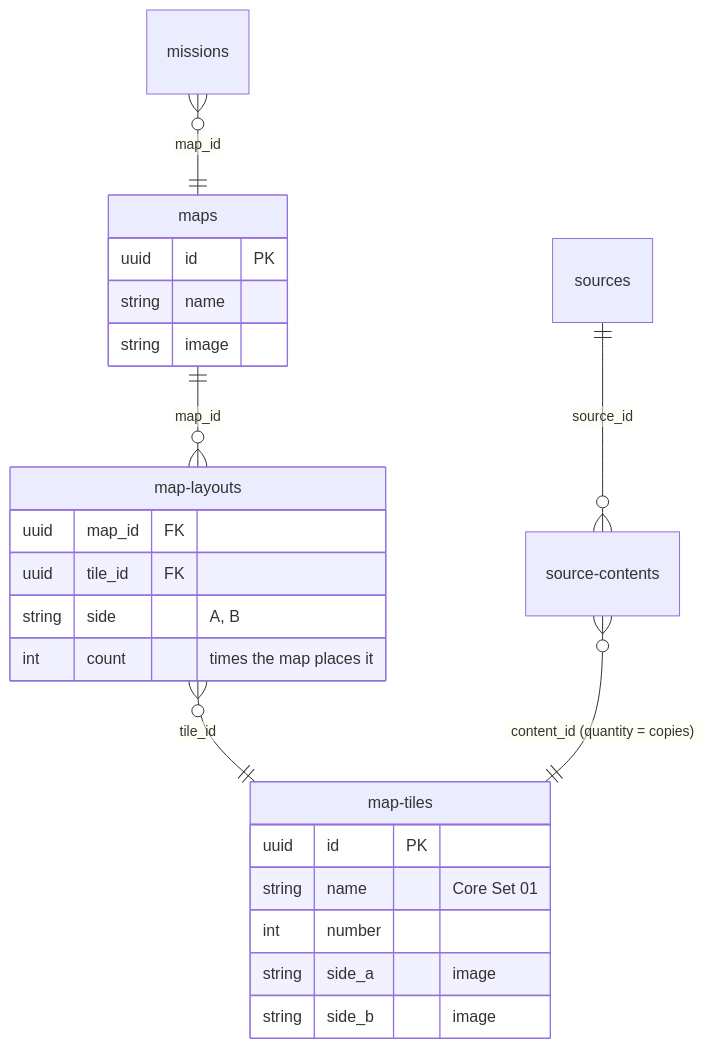
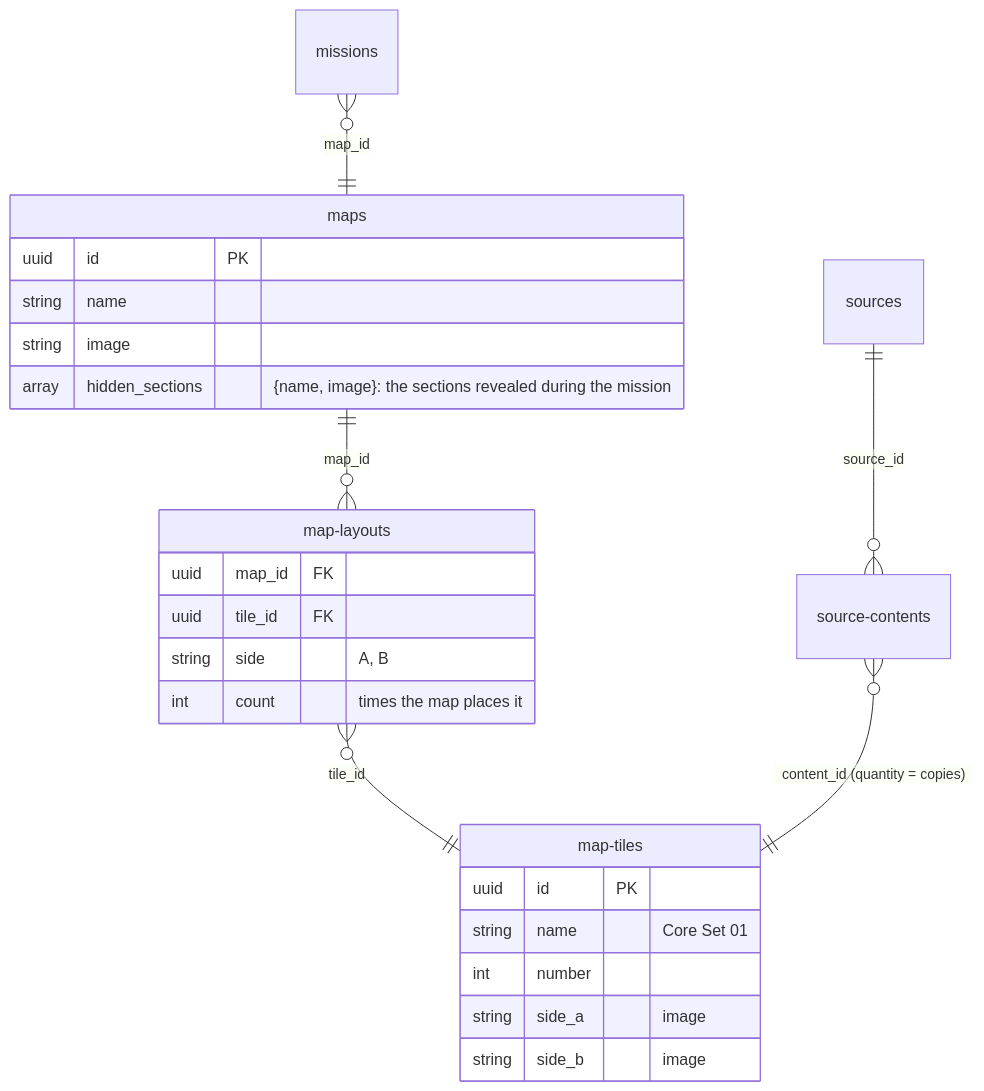
Before and after one commit to lvisintini/imperial-assault-data: the seventh of 9 diagrams in docs/data-model.md, drawn with Mermaid. The commit also changed other lines of this file and 116 other files, not shown here.

````diff
--- a/docs/data-model.md
+++ b/docs/data-model.md
@@ -428,27 +439,28 @@
 ```mermaid
 erDiagram
     missions }o--|| maps : "map_id"
     maps ||--o{ map-layouts : "map_id"
     map-layouts }o--|| map-tiles : "tile_id"
     sources ||--o{ source-contents : "source_id"
     source-contents }o--|| map-tiles : "content_id (quantity = copies)"
 
     maps {
         uuid id PK
         string name
         string image
+        array hidden_sections "{name, image}: the sections revealed during the mission"
     }
     map-tiles {
         uuid id PK
         string name "Core Set 01"
         int number
         string side_a "image"
         string side_b "image"
     }
     map-layouts {
         uuid map_id FK
         uuid tile_id FK
         string side "A, B"
         int count "times the map places it"
     }
 ```
````
